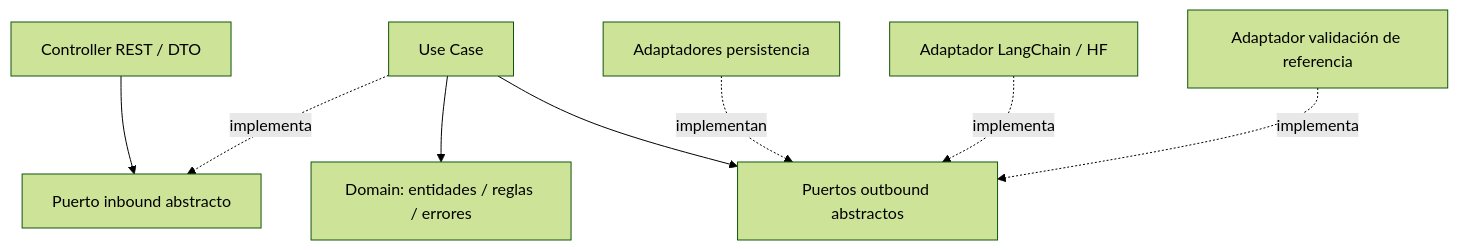
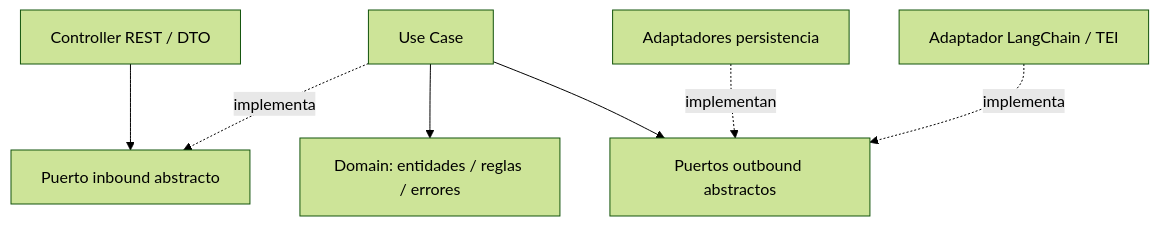
Before and after one commit to eduardoquispe/semantic-phrase-app: the first of 2 diagrams in docs/03-architecture/02-backend-architecture.md, drawn with Mermaid (forest theme). The commit also changed other lines of this file and 13 other files, not shown here.

````diff
--- a/docs/03-architecture/02-backend-architecture.md
+++ b/docs/03-architecture/02-backend-architecture.md
@@ -35,10 +38,9 @@
 ```mermaid
 flowchart TB
     HTTP[Controller REST / DTO] --> IN[Puerto inbound abstracto]
     UC[Use Case] -. implementa .-> IN
     UC --> DOM[Domain: entidades / reglas / errores]
     UC --> OUT[Puertos outbound abstractos]
     REP[Adaptadores persistencia] -. implementan .-> OUT
-    EMB[Adaptador LangChain / HF] -. implementa .-> OUT
-    TOK[Adaptador validación de referencia] -. implementa .-> OUT
+    EMB[Adaptador LangChain / TEI] -. implementa .-> OUT
 ```
````
